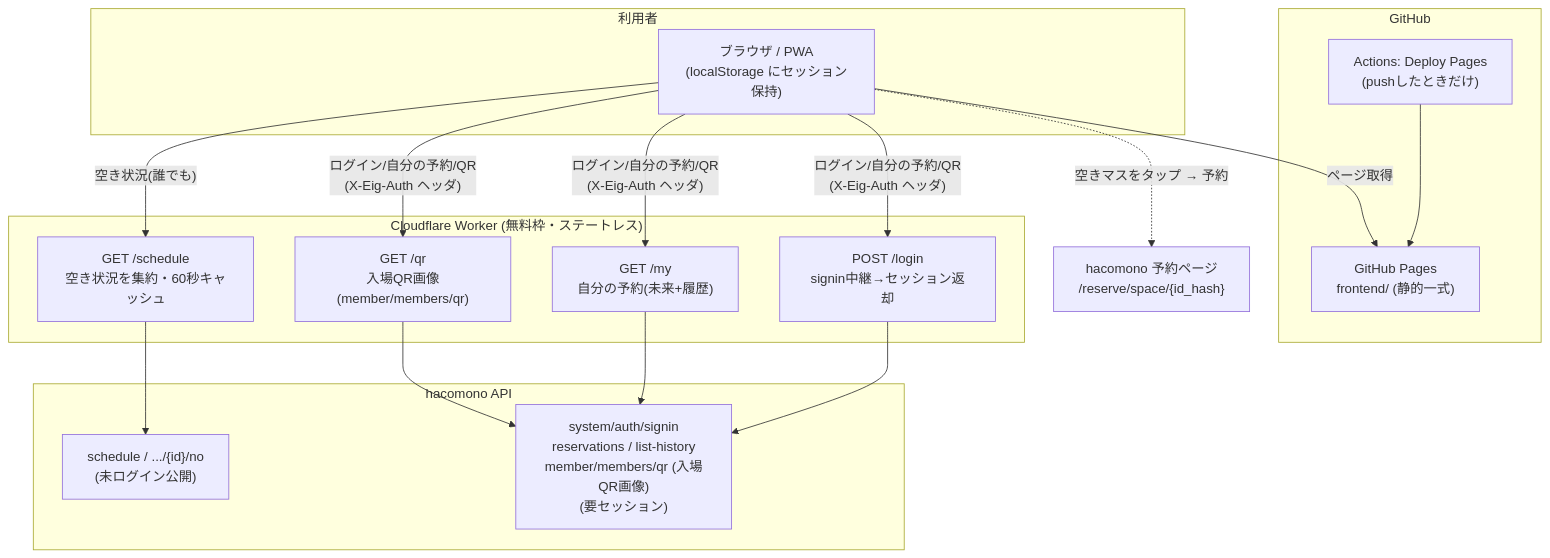
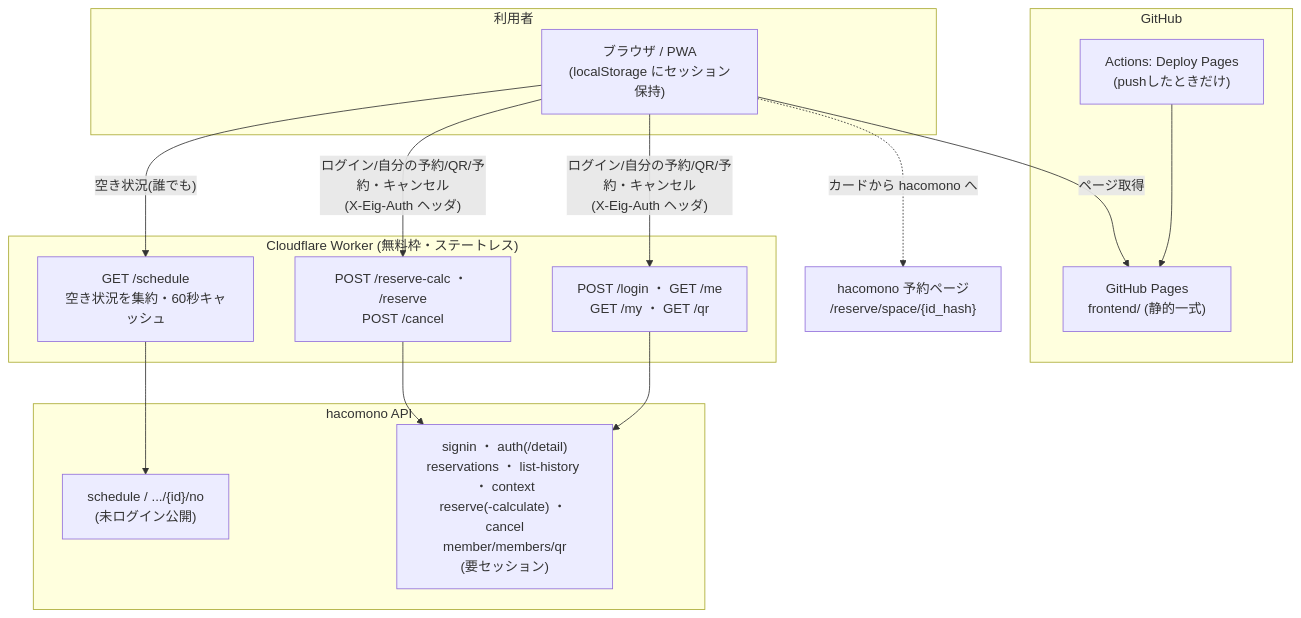
Before and after one commit to TakanariShimbo/enjoyindoorgolf: the second of 2 diagrams in README.md, drawn with Mermaid. The commit also changed other lines of this file, not shown here.

Commit message:
docs: READMEを現行機能に更新(予約カード/プラン・チケット予約/キャンセル/会員情報/実績ダッシュボード、Workerエンドポイント一覧、API仕様)

````diff
--- a/README.md
+++ b/README.md
@@ -50,25 +57,24 @@
 ```mermaid
 flowchart TB
     subgraph user["利用者"]
         B["ブラウザ / PWA<br>(localStorage にセッション保持)"]
     end
     subgraph gh["GitHub"]
         P["GitHub Pages<br>frontend/ (静的一式)"]
         A["Actions: Deploy Pages<br>(pushしたときだけ)"]
         A --> P
     end
     subgraph cf["Cloudflare Worker (無料枠・ステートレス)"]
         Wsch["GET /schedule<br>空き状況を集約・60秒キャッシュ"]
-        Wlogin["POST /login<br>signin中継→セッション返却"]
-        Wmy["GET /my<br>自分の予約(未来+履歴)"]
-        Wqr["GET /qr<br>入場QR画像(member/members/qr)"]
+        Wauth["POST /login ・ GET /me<br>GET /my ・ GET /qr"]
+        Wrsv["POST /reserve-calc ・ /reserve<br>POST /cancel"]
     end
     subgraph hacomono["hacomono API"]
         S["schedule / .../{id}/no<br>(未ログイン公開)"]
-        Auth["system/auth/signin<br>reservations / list-history<br>member/members/qr (入場QR画像)<br>(要セッション)"]
+        Auth["signin ・ auth(/detail)<br>reservations ・ list-history ・ context<br>reserve(-calculate) ・ cancel<br>member/members/qr<br>(要セッション)"]
     end
     B -->|"ページ取得"| P
     B -->|"空き状況(誰でも)"| Wsch --> S
-    B -->|"ログイン/自分の予約/QR<br>(X-Eig-Auth ヘッダ)"| Wlogin & Wmy & Wqr --> Auth
-    B -.->|"空きマスをタップ → 予約"| R["hacomono 予約ページ<br>/reserve/space/{id_hash}"]
+    B -->|"ログイン/自分の予約/QR/予約・キャンセル<br>(X-Eig-Auth ヘッダ)"| Wauth & Wrsv --> Auth
+    B -.->|"カードから hacomono へ"| R["hacomono 予約ページ<br>/reserve/space/{id_hash}"]
 ```
````
